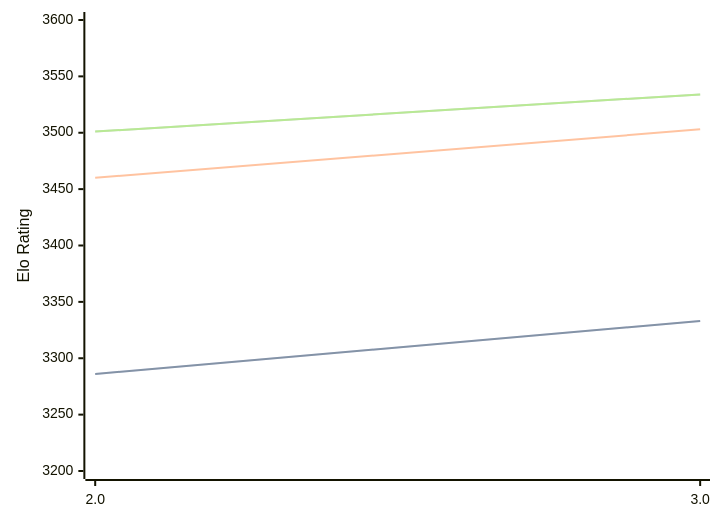
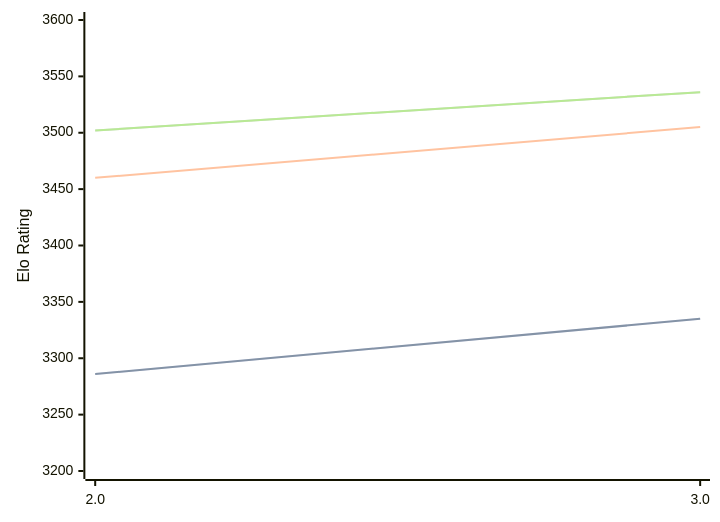
Before and after one commit to computer-chess-index/cci: the diagram in engines/Quanticade.md, drawn with Mermaid. The commit also changed other lines of this file, not shown here.

Commit message:
Update CCI Ratings (ELO VLTC) - 2026-07-25

````diff
--- a/engines/Quanticade.md
+++ b/engines/Quanticade.md
@@ -41,11 +41,11 @@
 ```mermaid
 %%{init: {"theme":"base","themeVariables":{"seriesColors:['#a3a3a3','#222221','#faa371']}}}%%
 xychart-beta
   x-axis ["2.0", "3.0"]
   y-axis "Elo Rating" 3200 --> 3600
-  line "STC (8.0+0.08s)" [3286, 3333]
-  line "STC (8.0+0.08s)" [3286, 3333]
-  line "LTC (60.0+0.60s)" [3460, 3503]
-  line "VLTC (2m24s+1.12s)" [3501, 3534]
-  line "VLTC (2m24s+1.12s)" [3501, 3534]
+  line "STC (8.0+0.08s)" [3286, 3335]
+  line "STC (8.0+0.08s)" [3286, 3335]
+  line "LTC (60.0+0.60s)" [3460, 3505]
+  line "VLTC (2m24s+1.12s)" [3502, 3536]
+  line "VLTC (2m24s+1.12s)" [3502, 3536]
 ```
````
